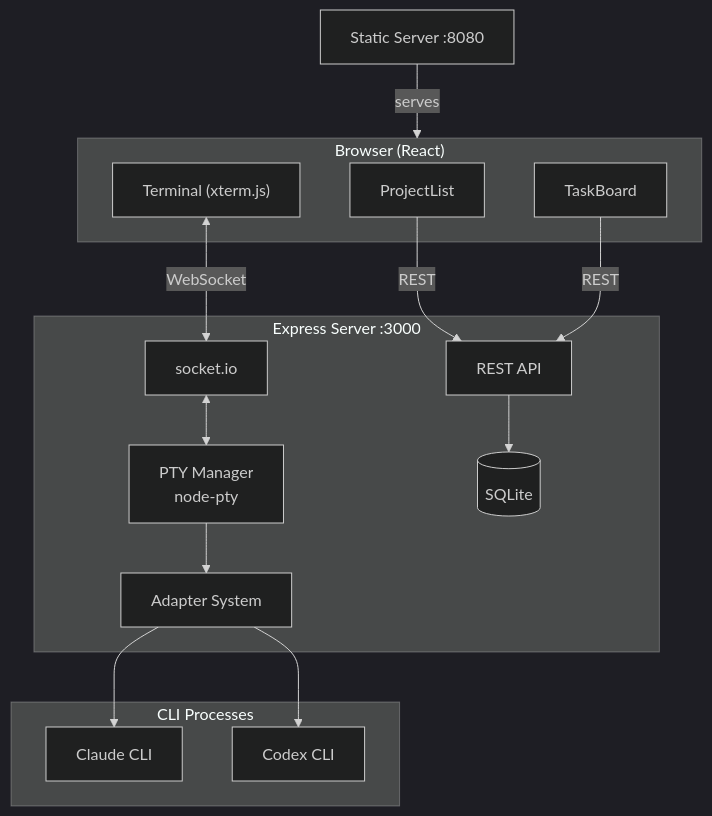
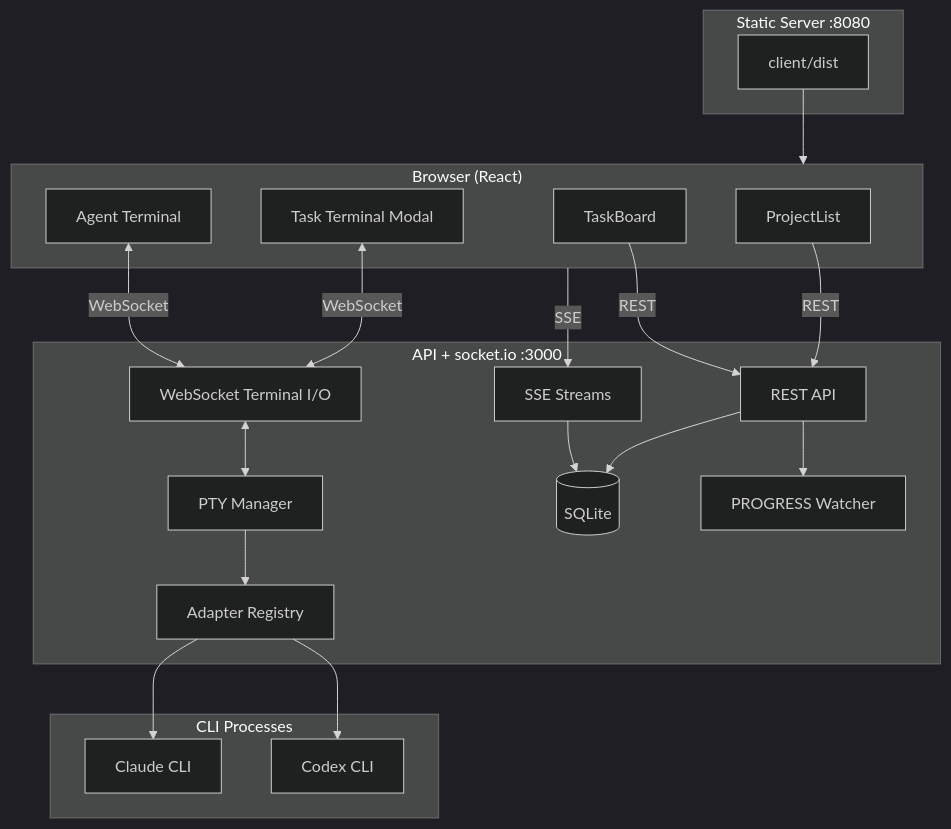
Before and after one commit to ZHHHH9980/claude-code-manager: the diagram in README.md, drawn with Mermaid (dark theme). The commit also changed other lines of this file and 2 other files, not shown here.

Commit message:
docs: consolidate architecture docs

````diff
--- a/README.md
+++ b/README.md
@@ -7,33 +7,43 @@
 ```mermaid
 graph TB
     subgraph Browser["Browser (React)"]
         PL[ProjectList]
         TB[TaskBoard]
-        TM["Terminal (xterm.js)"]
+        TT["Task Terminal Modal"]
+        AT["Agent Terminal"]
     end
 
-    subgraph Server["Express Server :3000"]
-        API[REST API]
-        SIO[socket.io]
-        PTY[PTY Manager<br/>node-pty]
+    subgraph Static["Static Server :8080"]
+        SS[client/dist]
+    end
+
+    subgraph API["API + socket.io :3000"]
+        REST[REST API]
+        SIO[WebSocket Terminal I/O]
+        SSE[SSE Streams]
+        PTY[PTY Manager]
         DB[(SQLite)]
-        AD[Adapter System]
+        AD[Adapter Registry]
+        FW[PROGRESS Watcher]
     end
 
     subgraph CLI["CLI Processes"]
         CC[Claude CLI]
         CX[Codex CLI]
     end
 
-    SS["Static Server :8080"]
+    SS --> Browser
+    PL -->|REST| REST
+    TB -->|REST| REST
+    TT <-->|WebSocket| SIO
+    AT <-->|WebSocket| SIO
+    Browser -->|SSE| SSE
 
-    PL & TB -->|REST| API
-    TM <-->|WebSocket| SIO
-
-    API --> DB
+    REST --> DB
+    SSE --> DB
     SIO <--> PTY
     PTY --> AD
-    AD --> CC & CX
-
-    SS -->|serves| Browser
+    AD --> CC
+    AD --> CX
+    REST --> FW
 ```
````
